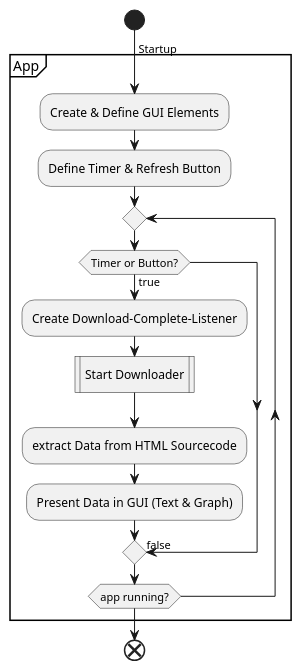
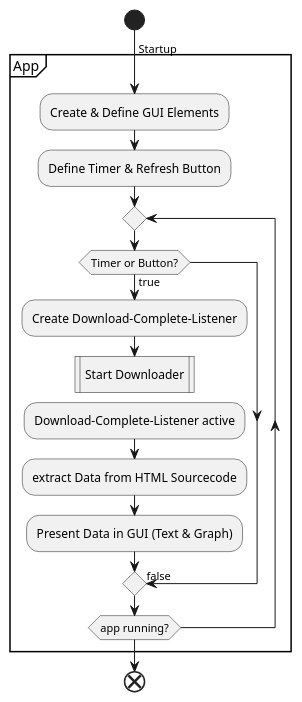
The diagram in 01_Bericht/PlantUML-Diagramme/Android_App/android_app.wsd (stege00/Raeucherofen), drawn with PlantUML before and after one commit. The commit also changed 9 other files, not shown here.

Commit message:
Correct uml of android app (main activity)

```diff
--- a/01_Bericht/PlantUML-Diagramme/Android_App/android_app.wsd
+++ b/01_Bericht/PlantUML-Diagramme/Android_App/android_app.wsd
@@ -1,21 +1,23 @@
 @startuml android_app
 start
 partition App {
     ->Startup; 
     :Create & Define GUI Elements;
     :Define Timer & Refresh Button;
     repeat
         if (Timer or Button?) then (true)
             :Create Download-Complete-Listener;
             :Start Downloader|
+            detach
+            :Download-Complete-Listener active;
             :extract Data from HTML Sourcecode;
             :Present Data in GUI (Text & Graph);
 
         else 
             ->false;
         endif
     repeat while (app running?)
 }
 end
 
 @enduml
```
